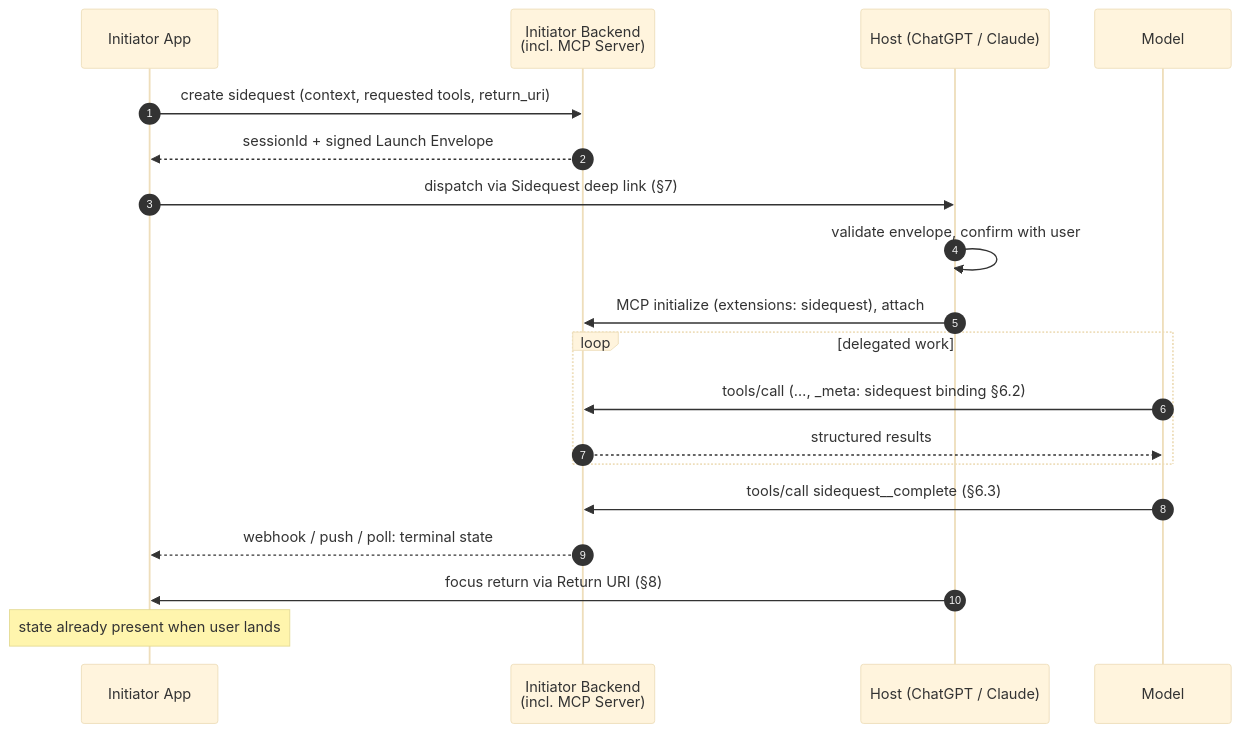
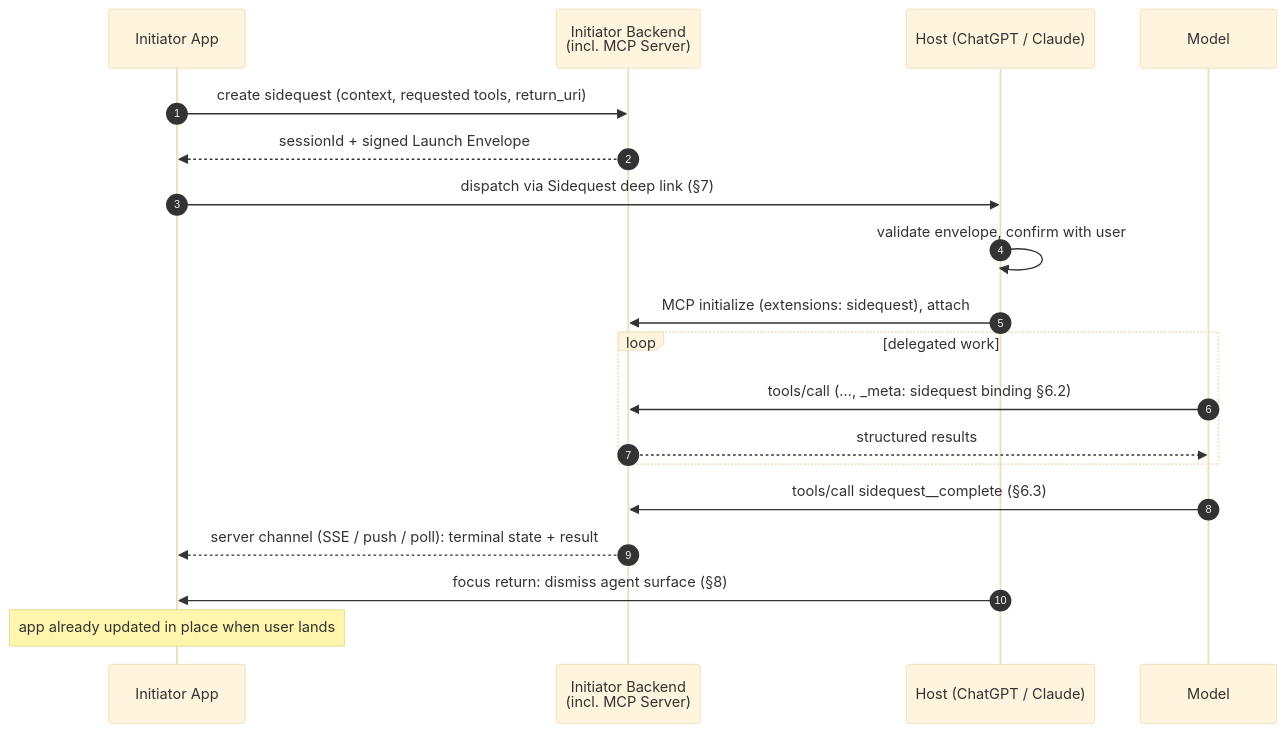
The diagram in spec/sidequest-protocol.md (Techna183/app-agent-continuation), drawn with Mermaid (base theme) before and after one commit. The commit also changed other lines of this file, not shown here.

First line of the commit message:
Redesign focus return around dismissal; make dispatch transport-independent

````diff
--- a/spec/sidequest-protocol.md
+++ b/spec/sidequest-protocol.md
@@ -150,22 +150,22 @@
 ```mermaid
 sequenceDiagram
     autonumber
     participant App as Initiator App
     participant BE as Initiator Backend<br/>(incl. MCP Server)
     participant Host as Host (ChatGPT / Claude)
     participant Model as Model
 
     App->>BE: create sidequest (context, requested tools, return_uri)
     BE-->>App: sessionId + signed Launch Envelope
     App->>Host: dispatch via Sidequest deep link (§7)
     Host->>Host: validate envelope, confirm with user
     Host->>BE: MCP initialize (extensions: sidequest), attach
     loop delegated work
         Model->>BE: tools/call (…, _meta: sidequest binding §6.2)
         BE-->>Model: structured results
     end
     Model->>BE: tools/call sidequest__complete (§6.3)
-    BE-->>App: webhook / push / poll: terminal state
-    Host->>App: focus return via Return URI (§8)
-    Note over App: state already present when user lands
+    BE-->>App: server channel (SSE / push / poll): terminal state + result
+    Host->>App: focus return: dismiss agent surface (§8)
+    Note over App: app already updated in place when user lands
 ```
````
